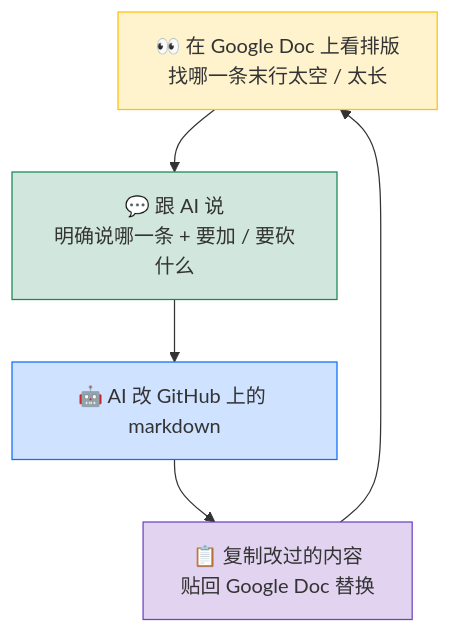
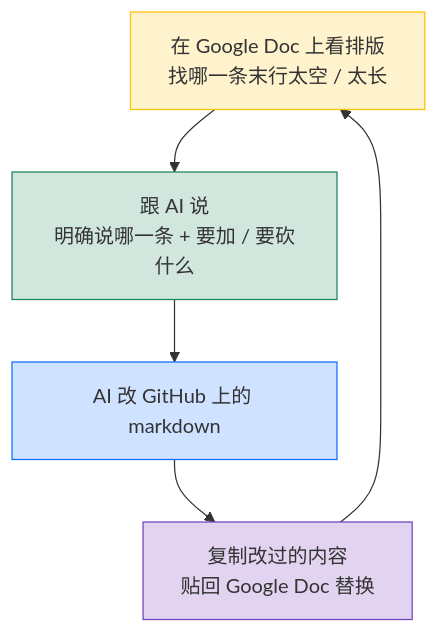
The second of 2 diagrams in examples/11-submit-and-collaborate/README-cn.md (YingqiangYuan/Resume_Matrix), drawn with Mermaid before and after one commit. The commit also changed other lines of this file and 5 other files, not shown here.

````diff
--- a/examples/11-submit-and-collaborate/README-cn.md
+++ b/examples/11-submit-and-collaborate/README-cn.md
@@ -454,17 +454,17 @@
 ```mermaid
 flowchart TD
-    LOOK["👀 在 Google Doc 上看排版<br/>找哪一条末行太空 / 太长"]
-    TALK["💬 跟 AI 说<br/>明确说哪一条 + 要加 / 要砍什么"]
-    EDIT["🤖 AI 改 GitHub 上的 markdown"]
-    PASTE["📋 复制改过的内容<br/>贴回 Google Doc 替换"]
+    LOOK["在 Google Doc 上看排版<br/>找哪一条末行太空 / 太长"]
+    TALK["跟 AI 说<br/>明确说哪一条 + 要加 / 要砍什么"]
+    EDIT["AI 改 GitHub 上的 markdown"]
+    PASTE["复制改过的内容<br/>贴回 Google Doc 替换"]
 
     LOOK --> TALK
     TALK --> EDIT
     EDIT --> PASTE
     PASTE --> LOOK
 
     style LOOK fill:#fff3cd,stroke:#ffc107
     style TALK fill:#d1e7dd,stroke:#198754
     style EDIT fill:#cfe2ff,stroke:#0d6efd
     style PASTE fill:#e2d4f0,stroke:#6f42c1
 ```
````
